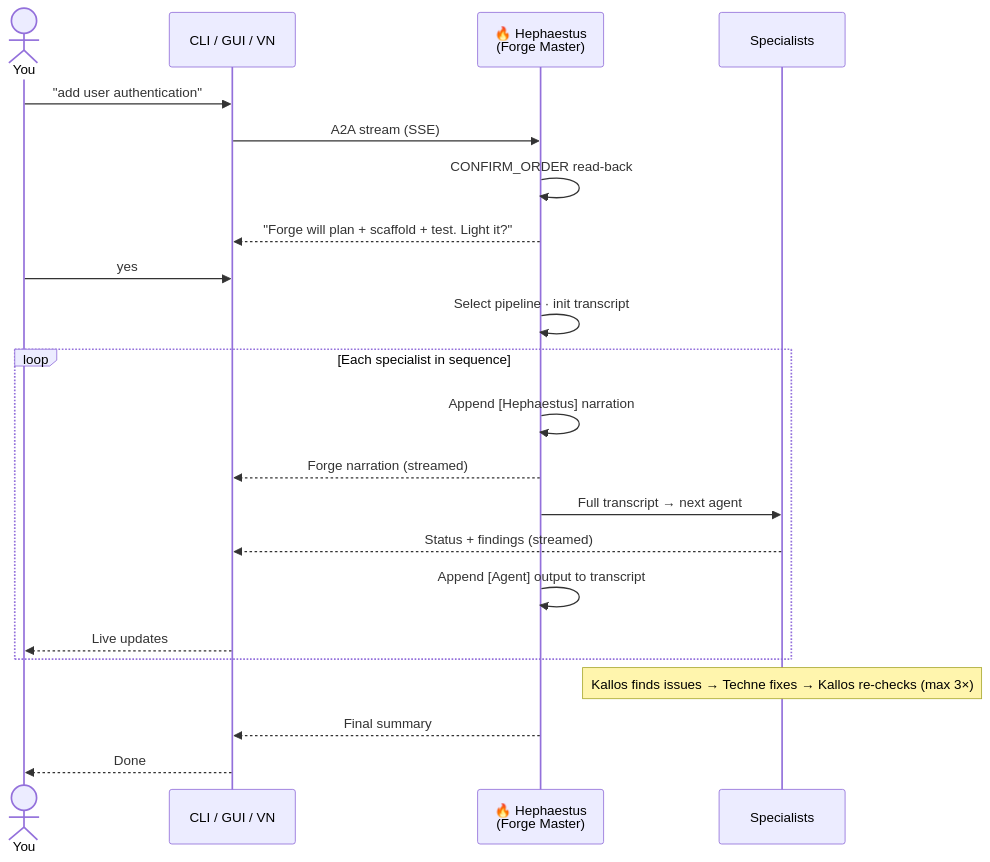
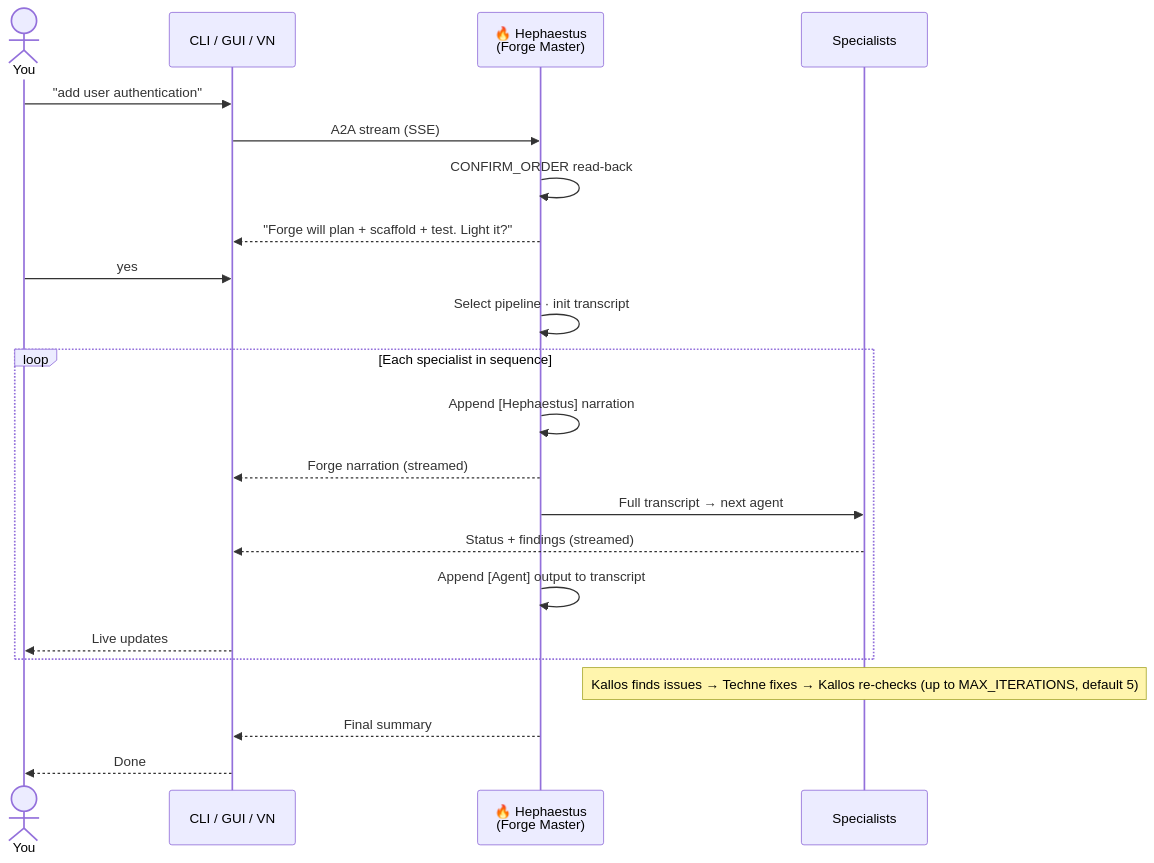
The diagram in docs/overview.md (ajbarea/kourai-khryseai), drawn with Mermaid before and after one commit. The commit also changed other lines of this file and 9 other files, not shown here.

````diff
--- a/docs/overview.md
+++ b/docs/overview.md
@@ -35,27 +39,27 @@
     ```mermaid
     sequenceDiagram
         actor You
         participant UI as CLI / GUI / VN
         participant Hep as 🔥 Hephaestus<br/>(Forge Master)
         participant Spec as Specialists
 
         You->>UI: "add user authentication"
         UI->>Hep: A2A stream (SSE)
         Hep->>Hep: CONFIRM_ORDER read-back
         Hep-->>UI: "Forge will plan + scaffold + test. Light it?"
         You->>UI: yes
         Hep->>Hep: Select pipeline · init transcript
 
         loop Each specialist in sequence
             Hep->>Hep: Append [Hephaestus] narration
             Hep-->>UI: Forge narration (streamed)
             Hep->>Spec: Full transcript → next agent
             Spec-->>UI: Status + findings (streamed)
             Hep->>Hep: Append [Agent] output to transcript
             UI-->>You: Live updates
         end
 
-        Note over Spec: Kallos finds issues → Techne fixes → Kallos re-checks (max 3×)
+        Note over Spec: Kallos finds issues → Techne fixes → Kallos re-checks (up to MAX_ITERATIONS, default 5)
         Hep-->>UI: Final summary
         UI-->>You: Done
     ```
````
